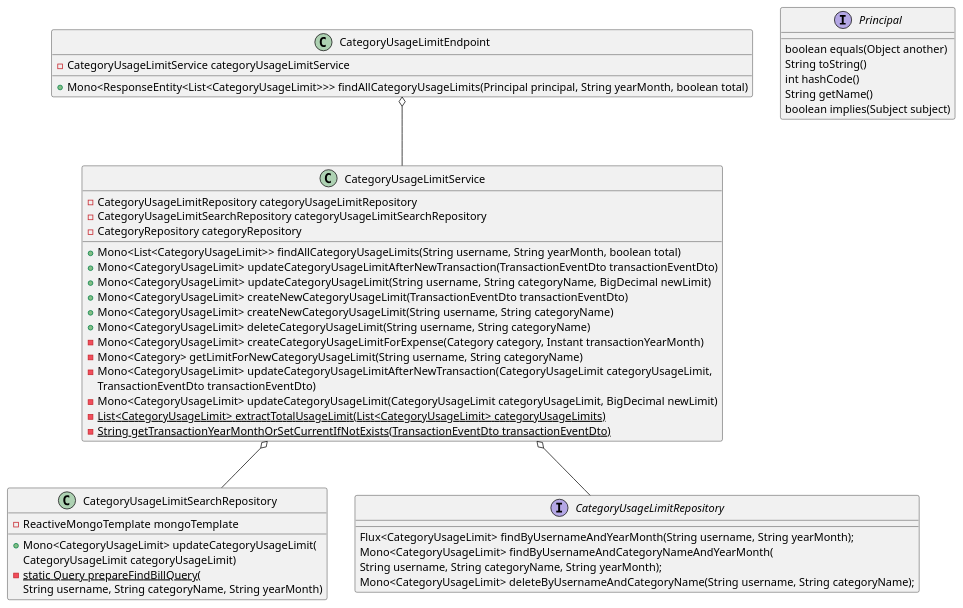
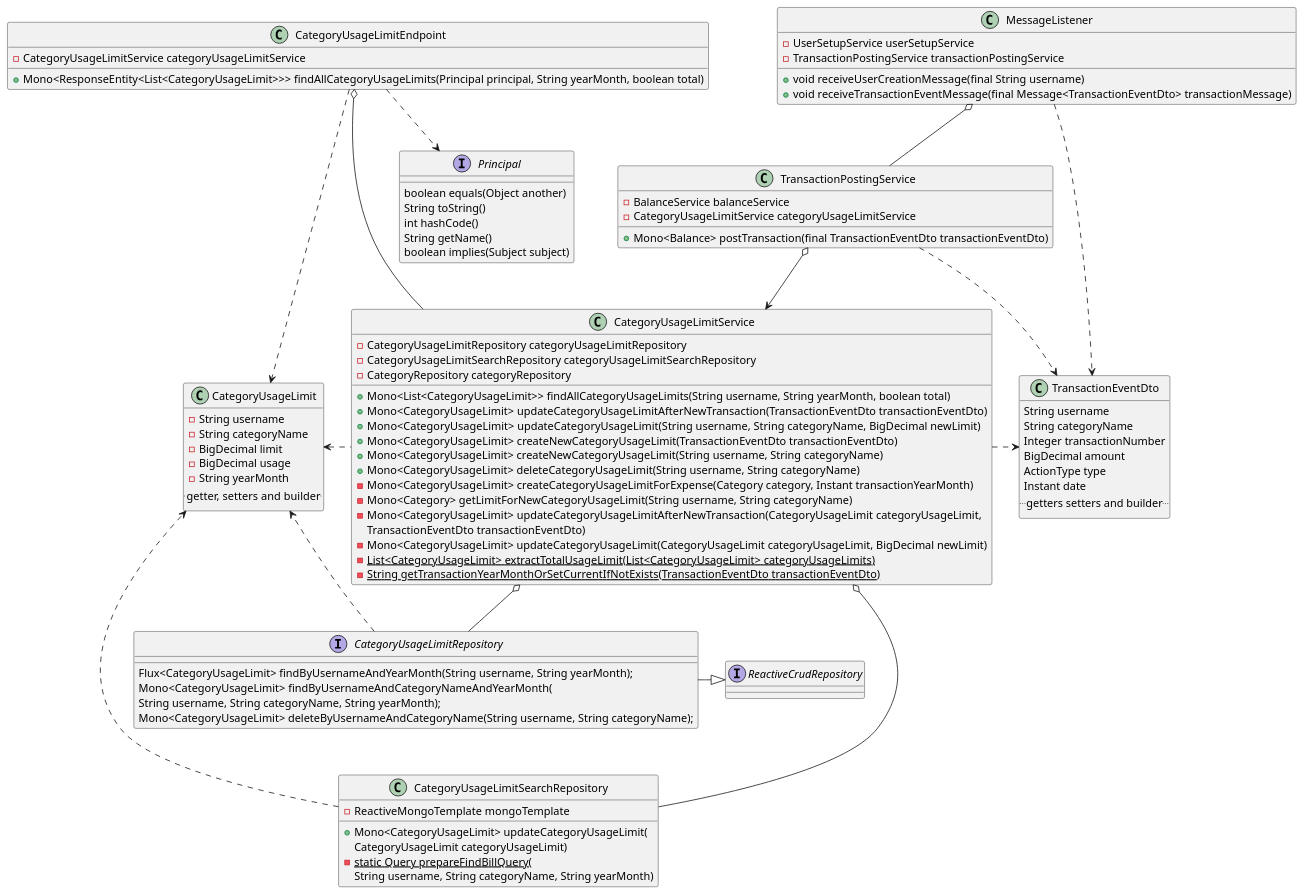
The diagram in planning/diagrams/category-limit-usage-class-diagram.puml (lukaszse/simple-bills), drawn with PlantUML before and after one commit. The commit also changed 2 other files, not shown here.

Commit message:
add balance class diagram + bump libraries

```diff
--- a/planning/diagrams/category-limit-usage-class-diagram.puml
+++ b/planning/diagrams/category-limit-usage-class-diagram.puml
@@ -1,56 +1,103 @@
 @startuml
 'https://plantuml.com/class-diagram
 
 class CategoryUsageLimitEndpoint {
     -CategoryUsageLimitService categoryUsageLimitService
     +Mono<ResponseEntity<List<CategoryUsageLimit>>> findAllCategoryUsageLimits(Principal principal, String yearMonth, boolean total)
+}
+
+class MessageListener {
+    -UserSetupService userSetupService
+    -TransactionPostingService transactionPostingService
+    +void receiveUserCreationMessage(final String username)
+    +void receiveTransactionEventMessage(final Message<TransactionEventDto> transactionMessage)
+}
+
+class TransactionPostingService{
+    -BalanceService balanceService
+    -CategoryUsageLimitService categoryUsageLimitService
+    +Mono<Balance> postTransaction(final TransactionEventDto transactionEventDto)
 }
 
 class CategoryUsageLimitService {
     -CategoryUsageLimitRepository categoryUsageLimitRepository
     -CategoryUsageLimitSearchRepository categoryUsageLimitSearchRepository
     -CategoryRepository categoryRepository
     +Mono<List<CategoryUsageLimit>> findAllCategoryUsageLimits(String username, String yearMonth, boolean total)
     +Mono<CategoryUsageLimit> updateCategoryUsageLimitAfterNewTransaction(TransactionEventDto transactionEventDto)
     +Mono<CategoryUsageLimit> updateCategoryUsageLimit(String username, String categoryName,  BigDecimal newLimit)
     +Mono<CategoryUsageLimit> createNewCategoryUsageLimit(TransactionEventDto transactionEventDto)
     +Mono<CategoryUsageLimit> createNewCategoryUsageLimit(String username, String categoryName)
     +Mono<CategoryUsageLimit> deleteCategoryUsageLimit(String username, String categoryName)
     -Mono<CategoryUsageLimit> createCategoryUsageLimitForExpense(Category category, Instant transactionYearMonth)
     -Mono<Category> getLimitForNewCategoryUsageLimit(String username, String categoryName)
     -Mono<CategoryUsageLimit> updateCategoryUsageLimitAfterNewTransaction(CategoryUsageLimit categoryUsageLimit,
      TransactionEventDto transactionEventDto)
     -Mono<CategoryUsageLimit> updateCategoryUsageLimit(CategoryUsageLimit categoryUsageLimit, BigDecimal newLimit)
     -{static} List<CategoryUsageLimit> extractTotalUsageLimit(List<CategoryUsageLimit> categoryUsageLimits)
     -{static} String getTransactionYearMonthOrSetCurrentIfNotExists(TransactionEventDto transactionEventDto)
 }
 
+class CategoryUsageLimit {
+    -String username
+    -String categoryName
+    -BigDecimal limit
+    -BigDecimal usage
+    -String yearMonth
+    .. getter, setters and builder ..
+}
+
 class CategoryUsageLimitSearchRepository {
     -ReactiveMongoTemplate mongoTemplate
     +Mono<CategoryUsageLimit> updateCategoryUsageLimit(
     CategoryUsageLimit categoryUsageLimit)
     -{static}static Query prepareFindBillQuery(
     String username, String categoryName, String yearMonth)
 }
 
 interface CategoryUsageLimitRepository {
         Flux<CategoryUsageLimit> findByUsernameAndYearMonth(String username, String yearMonth);
            Mono<CategoryUsageLimit> findByUsernameAndCategoryNameAndYearMonth(
         String username, String categoryName, String yearMonth);
             Mono<CategoryUsageLimit> deleteByUsernameAndCategoryName(String username, String categoryName);
 }
 
+interface ReactiveCrudRepository
+
 interface Principal {
     boolean equals(Object another)
     String toString()
     int hashCode()
     String getName()
     boolean implies(Subject subject)
 }
 
-CategoryUsageLimitEndpoint o-- CategoryUsageLimitService
+class TransactionEventDto {
+    String username
+    String categoryName
+    Integer transactionNumber
+    BigDecimal amount
+    ActionType type
+    Instant date
+   .. getters setters and builder ..
+}
+
+
+MessageListener o-- TransactionPostingService
+TransactionPostingService o--> CategoryUsageLimitService
+TransactionPostingService ..> TransactionEventDto
+CategoryUsageLimitEndpoint o--- CategoryUsageLimitService
+CategoryUsageLimitEndpoint ..> Principal
+CategoryUsageLimitEndpoint ...> CategoryUsageLimit
 CategoryUsageLimitService o-- CategoryUsageLimitSearchRepository
 CategoryUsageLimitService o-- CategoryUsageLimitRepository
+CategoryUsageLimitService .left.> CategoryUsageLimit
+CategoryUsageLimitSearchRepository ...> CategoryUsageLimit
+CategoryUsageLimitRepository ..> CategoryUsageLimit
+CategoryUsageLimitRepository -|> ReactiveCrudRepository
+CategoryUsageLimitService .right.> TransactionEventDto
+MessageListener ..> TransactionEventDto
+
 
 
 @enduml
```
